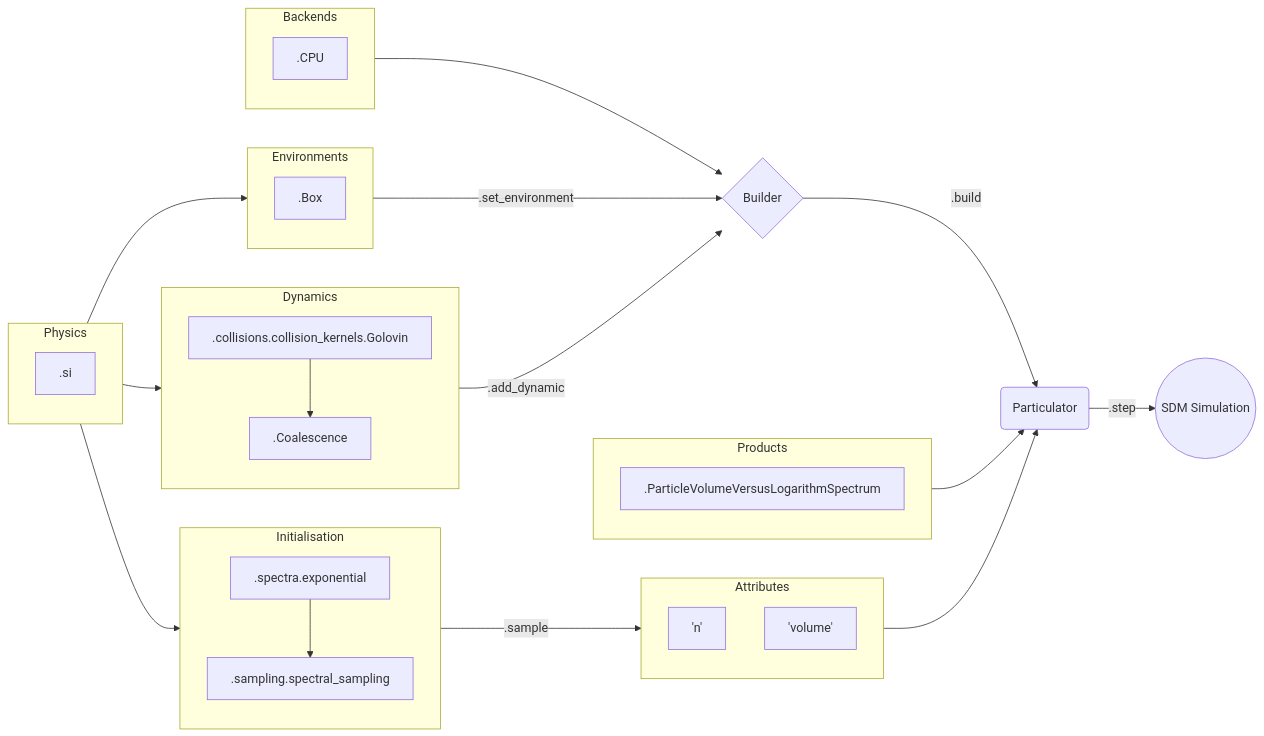
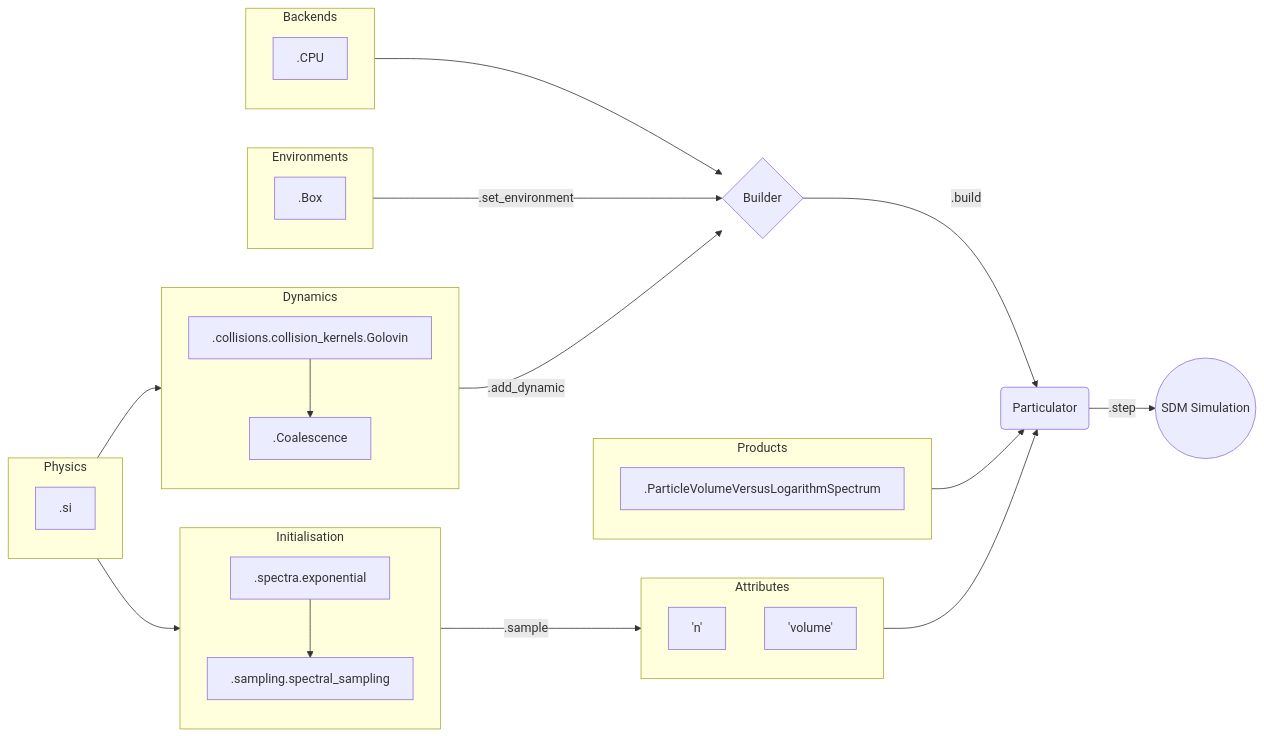
Before and after one commit to open-atmos/PySDM: the second of 2 diagrams in README.md, drawn with Mermaid. The commit also changed other lines of this file, not shown here.

Commit message:
Small updates to mermaid

````diff
--- a/README.md
+++ b/README.md
@@ -353,44 +349,43 @@
 ```mermaid 
   flowchart LR
     subgraph Initialisation
         direction TB
         I2[.spectra.exponential]
         I1[.sampling.spectral_sampling]
         I2 --> I1
     end
     subgraph Attributes
         'n'
         'volume'
     end
     subgraph Backends
         .CPU
     end
     subgraph Environments
         .Box
     end
     subgraph Dynamics
         direction TB
         Coal[.Coalescence]
         Coll[.collisions.collision_kernels.Golovin]
         Coll --> Coal
     end
     subgraph Products
         .ParticleVolumeVersusLogarithmSpectrum
     end
     subgraph Physics
         .si
     end
     Physics --> I2
     Physics --> Coll
-    Physics --> Environments
     Products --> P
 
     I1 -->|.sample| Attributes
     Backends --> B{Builder}
     Environments -->|.set_environment| B
     Coal -->|.add_dynamic| B
 
     Attributes --> P(Particulator)
     B -->|.build| P
     P -->|.step| SDM((SDM Simulation))
 ```
````
